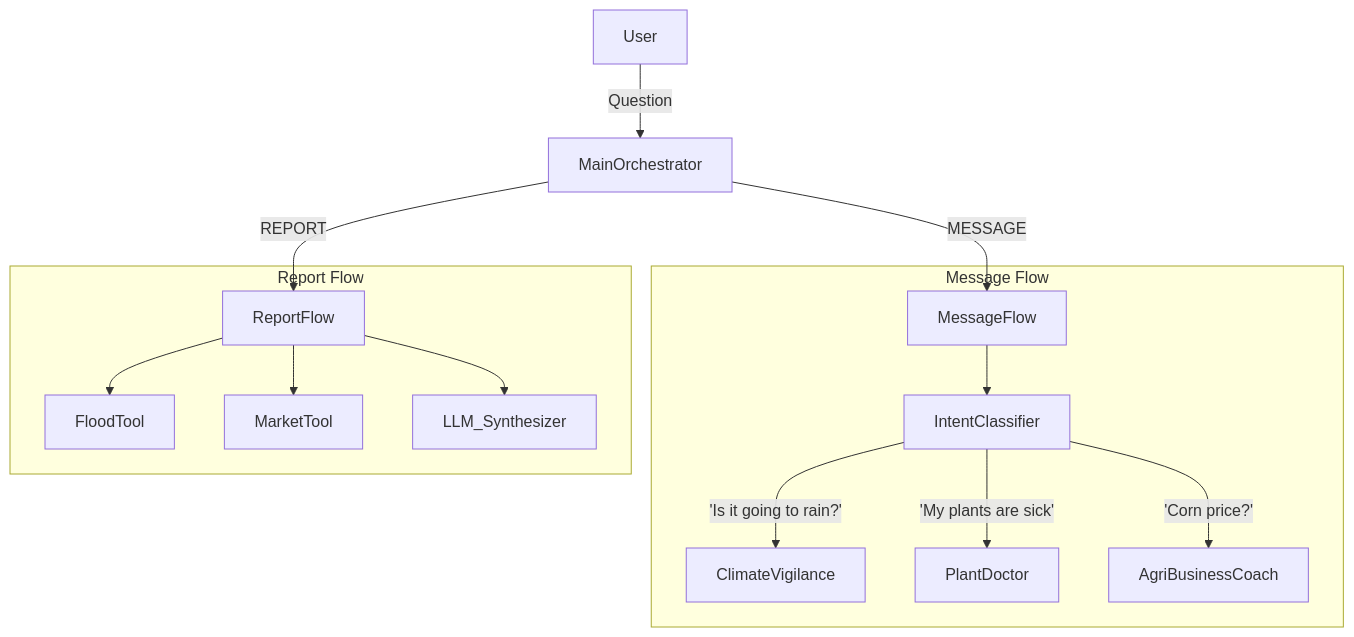
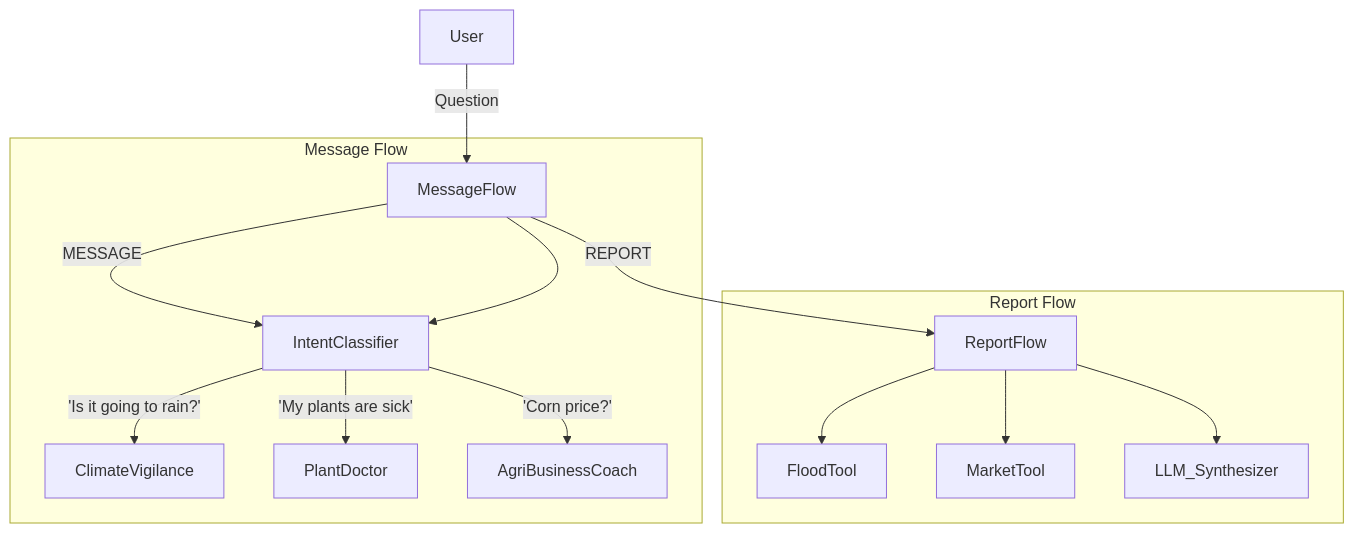
The diagram in backend/orchestrator/README.md (IDOEFRAIM/Agribot-AI), drawn with Mermaid before and after one commit. The commit also changed other lines of this file and 50 other files, not shown here.

````diff
--- a/backend/orchestrator/README.md
+++ b/backend/orchestrator/README.md
@@ -44,19 +54,20 @@
 ```mermaid
 graph TD
-    User-->|Question| MainOrchestrator
-    MainOrchestrator -->|MESSAGE| MessageFlow
-    MainOrchestrator -->|REPORT| ReportFlow
+
+    User-->|Question| MessageFlow
+    MessageFlow -->|MESSAGE| IntentClassifier
+    MessageFlow -->|REPORT| ReportFlow
     
     subgraph "Message Flow"
     MessageFlow --> IntentClassifier
     IntentClassifier -->|'Is it going to rain?'| ClimateVigilance
     IntentClassifier -->|'My plants are sick'| PlantDoctor
     IntentClassifier -->|'Corn price?'| AgriBusinessCoach
     end
     
     subgraph "Report Flow"
     ReportFlow --> FloodTool
     ReportFlow --> MarketTool
     ReportFlow --> LLM_Synthesizer
     end
 ```
````
